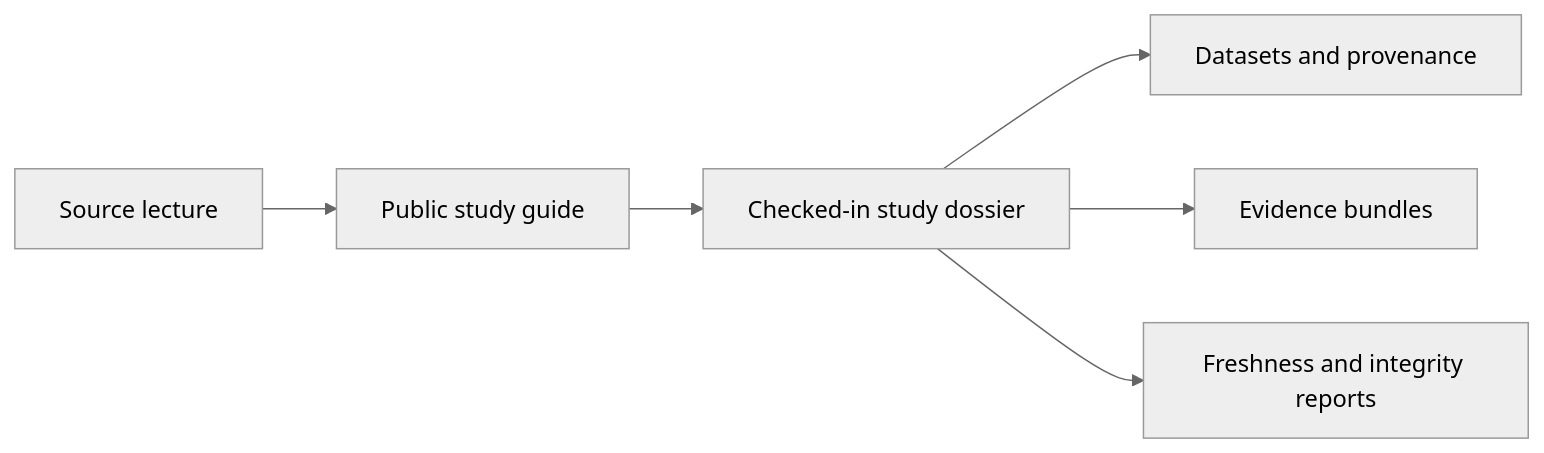
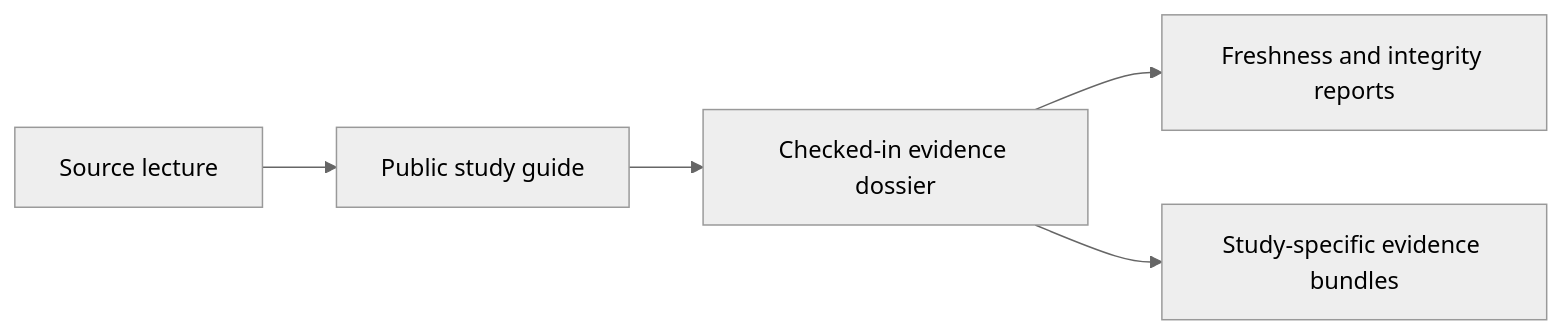
The diagram in docs/02-bijux-phylogenetics-evidence-book/index.md (bijux/bijux-phylogenetics), drawn with Mermaid (neutral theme) before and after one commit. The commit also changed other lines of this file and 2 other files, not shown here.

Commit message:
docs(evidence): refresh landing narrative and integrity digests

````diff
--- a/docs/02-bijux-phylogenetics-evidence-book/index.md
+++ b/docs/02-bijux-phylogenetics-evidence-book/index.md
@@ -22,8 +22,7 @@
 ```mermaid
 flowchart LR
     A[Source lecture] --> B[Public study guide]
-    B --> C[Checked-in study dossier]
-    C --> D[Datasets and provenance]
-    C --> E[Evidence bundles]
-    C --> F[Freshness and integrity reports]
+    B --> C[Checked-in evidence dossier]
+    C --> D[Freshness and integrity reports]
+    C --> E[Study-specific evidence bundles]
 ```
````
